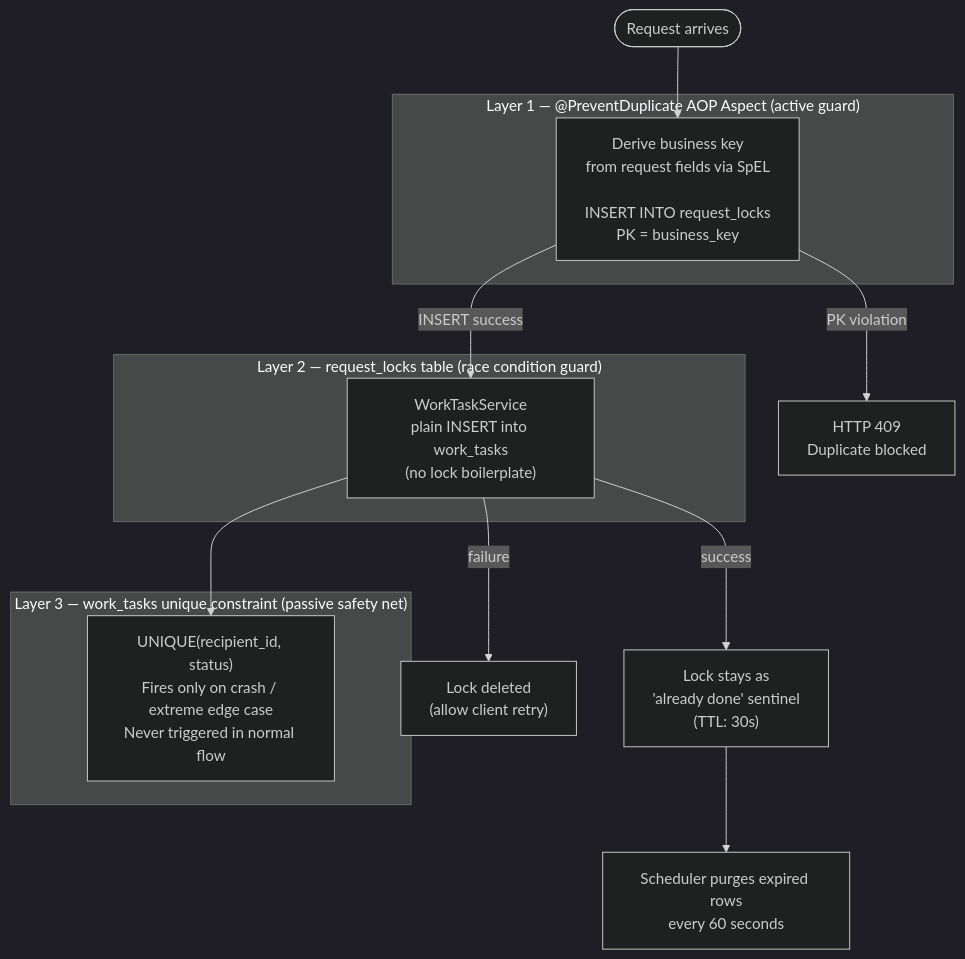
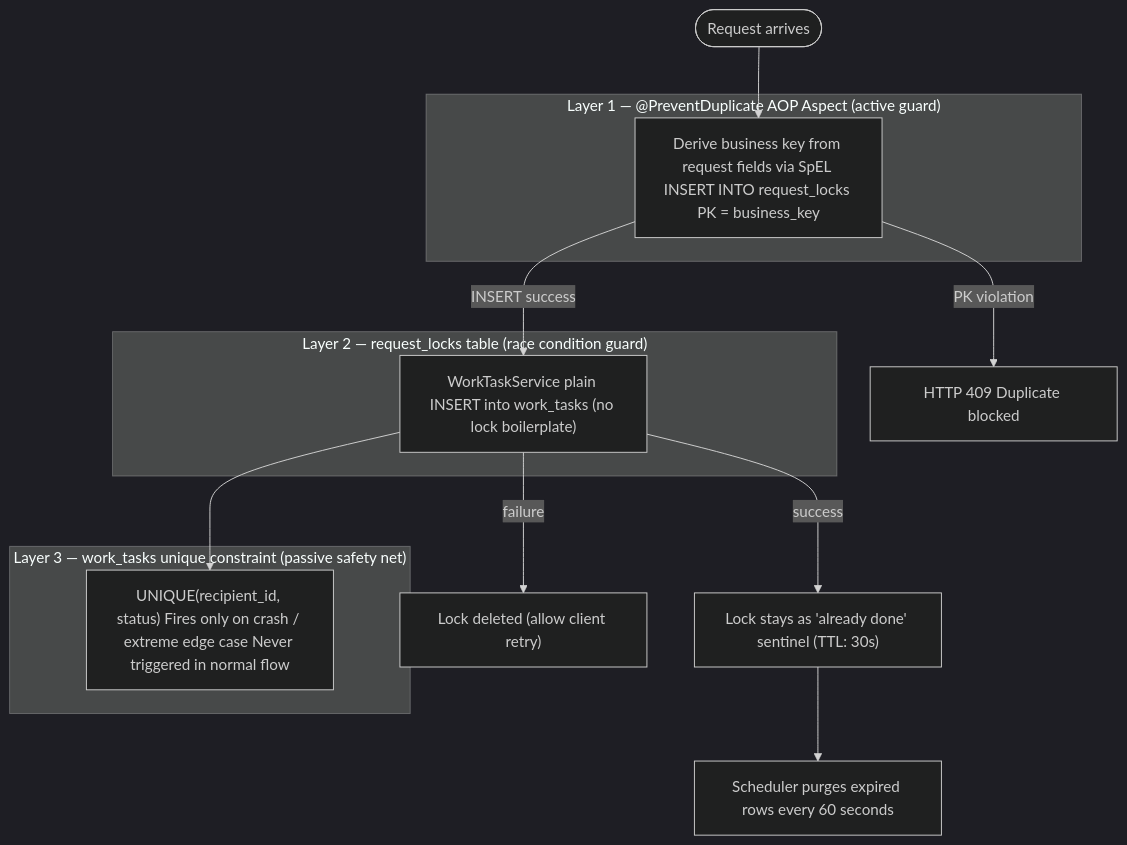
Before and after one commit to RBATHINENI78/sentinel-demo: the second of 3 diagrams in README.md, drawn with Mermaid (dark theme). The commit also changed other lines of this file, not shown here.

Commit message:
docs: fix Mermaid diagram formatting in README

````diff
--- a/README.md
+++ b/README.md
@@ -85,26 +85,26 @@
 ```mermaid
 flowchart TD
     REQ([Request arrives]) --> AOP
 
     subgraph LAYER1["Layer 1 — @PreventDuplicate AOP Aspect (active guard)"]
-        AOP["Derive business key\nfrom request fields via SpEL\n\nINSERT INTO request_locks\nPK = business_key"]
+        AOP["Derive business key from request fields via SpEL INSERT INTO request_locks PK = business_key"]
     end
 
-    AOP -->|PK violation| C409["HTTP 409\nDuplicate blocked"]
+    AOP -->|PK violation| C409["HTTP 409 Duplicate blocked"]
     AOP -->|INSERT success| SVC
 
     subgraph LAYER2["Layer 2 — request_locks table (race condition guard)"]
-        SVC["WorkTaskService\nplain INSERT into work_tasks\n(no lock boilerplate)"]
+        SVC["WorkTaskService plain INSERT into work_tasks (no lock boilerplate)"]
     end
 
-    SVC -->|success| DONE["Lock stays as\n'already done' sentinel\n(TTL: 30s)"]
-    SVC -->|failure| RETRY["Lock deleted\n(allow client retry)"]
+    SVC -->|success| DONE["Lock stays as 'already done' sentinel (TTL: 30s)"]
+    SVC -->|failure| RETRY["Lock deleted (allow client retry)"]
 
     SVC --> L3
 
     subgraph LAYER3["Layer 3 — work_tasks unique constraint (passive safety net)"]
-        L3["UNIQUE(recipient_id, status)\nFires only on crash / extreme edge case\nNever triggered in normal flow"]
+        L3["UNIQUE(recipient_id, status) Fires only on crash / extreme edge case Never triggered in normal flow"]
     end
 
-    DONE --> SCHED["Scheduler purges expired rows\nevery 60 seconds"]
+    DONE --> SCHED["Scheduler purges expired rows every 60 seconds"]
 ```
````
